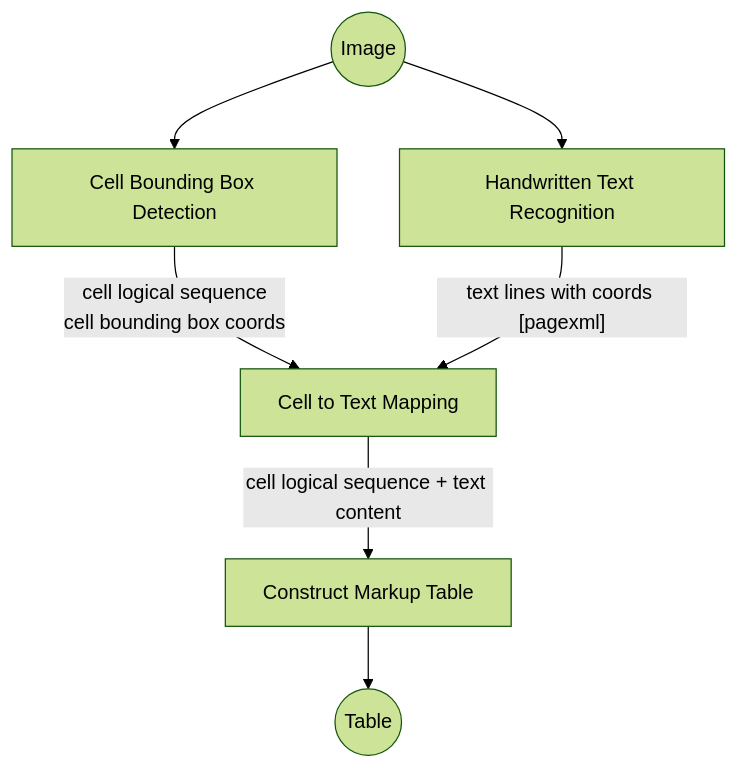
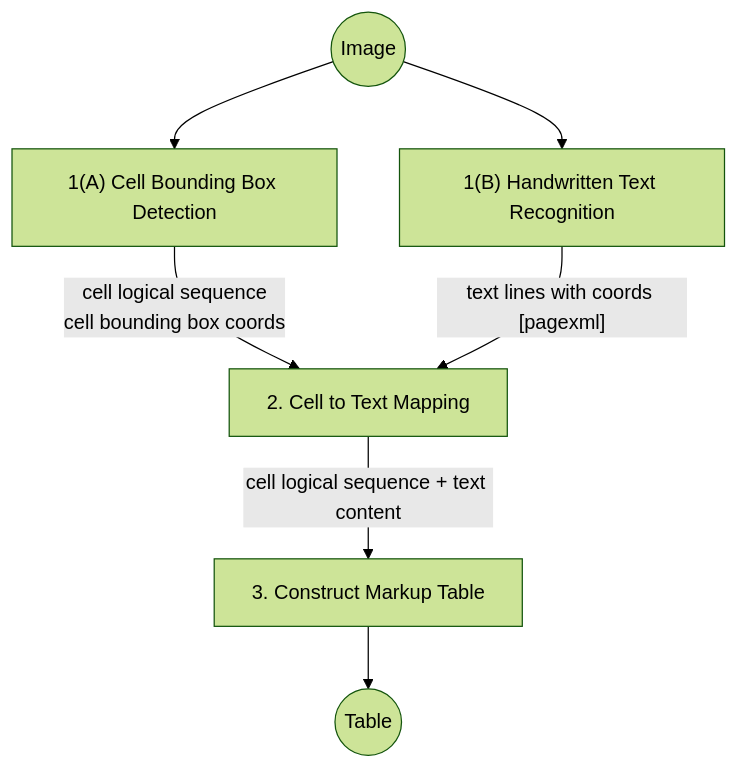
Before and after one commit to Shoilee/stamboeken_htr: the diagram in README.md, drawn with Mermaid (forest theme). The commit also changed other lines of this file, not shown here.

````diff
--- a/README.md
+++ b/README.md
@@ -88,10 +88,10 @@
 ```mermaid
 graph TD;
-   A((Image)) --> B[Cell Bounding Box Detection];
-   A((Image)) --> C[Handwritten Text Recognition];
-   B -- cell logical sequence <br/>cell bounding box coords --> D[Cell to Text Mapping]
+   A((Image)) --> B["1(A) Cell Bounding Box Detection"];
+   A((Image)) --> C["1(B) Handwritten Text Recognition"];
+   B -- cell logical sequence <br/>cell bounding box coords --> D[2. Cell to Text Mapping]
    C --text lines with coords [pagexml]--> D;
-   D --cell logical sequence + text content--> E[Construct Markup Table];
+   D --cell logical sequence + text content--> E[3. Construct Markup Table];
    E-->F((Table))
 
 ```
````
